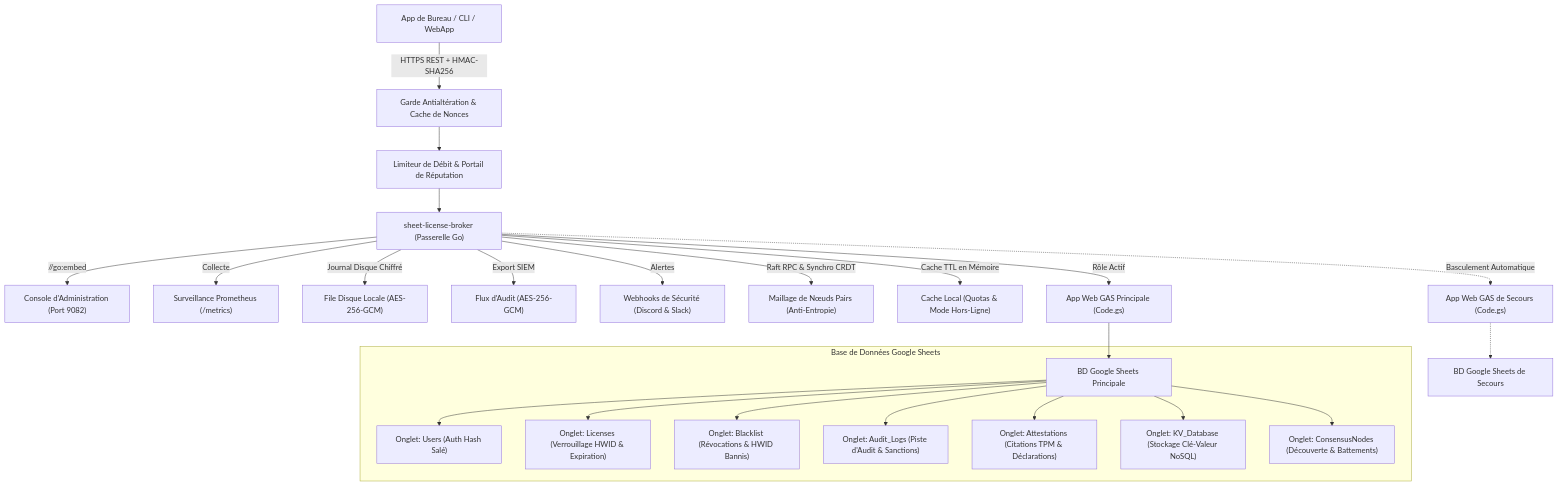
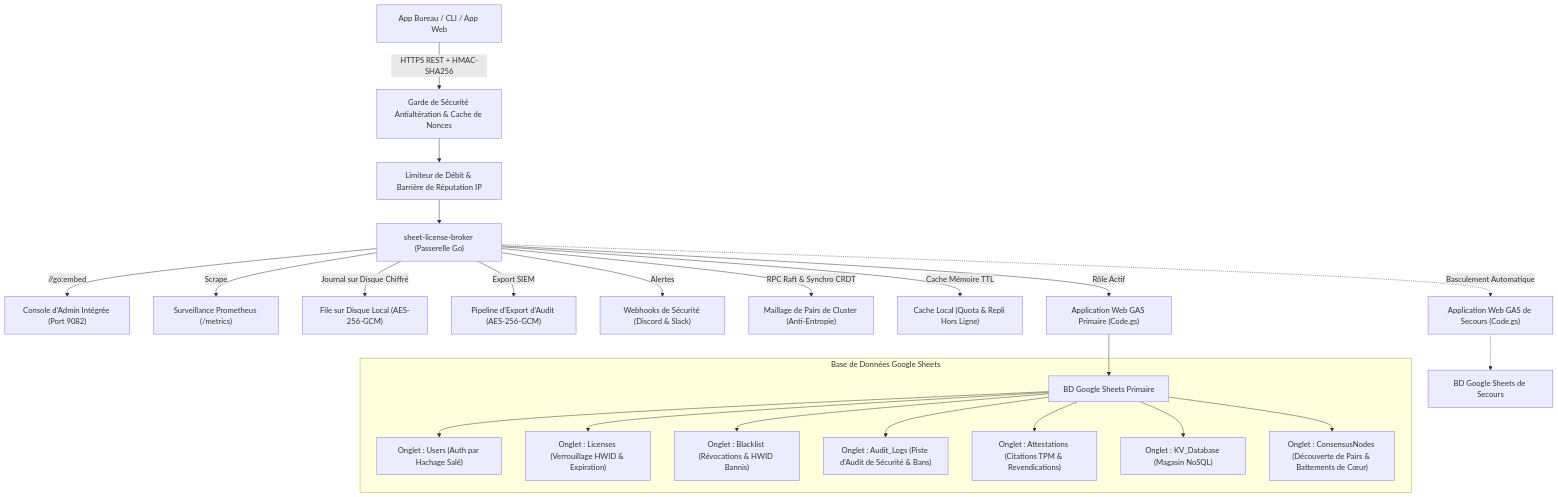
The diagram in docs/locales/fr.md (kLauncher1/sheet-license-broker), drawn with Mermaid before and after one commit. The commit also changed other lines of this file and 8 other files, not shown here.

````diff
--- a/docs/locales/fr.md
+++ b/docs/locales/fr.md
@@ -66,27 +80,27 @@
 ```mermaid
 flowchart TD
-    Client["App de Bureau / CLI / WebApp"] -->|HTTPS REST + HMAC-SHA256| Guard["Garde Antialtération & Cache de Nonces"]
-    Guard --> Limiter["Limiteur de Débit & Portail de Réputation"]
+    Client["App Bureau / CLI / App Web"] -->|HTTPS REST + HMAC-SHA256| Guard["Garde de Sécurité Antialtération & Cache de Nonces"]
+    Guard --> Limiter["Limiteur de Débit & Barrière de Réputation IP"]
     Limiter --> Broker["sheet-license-broker (Passerelle Go)"]
-    Broker -->|//go:embed| WebUI["Console d'Administration (Port 9082)"]
-    Broker -->|Collecte| Prom["Surveillance Prometheus (/metrics)"]
-    Broker -->|Journal Disque Chiffré| Spool["File Disque Locale (AES-256-GCM)"]
-    Broker -->|Export SIEM| SIEM["Flux d'Audit (AES-256-GCM)"]
+    Broker -->|//go:embed| WebUI["Console d'Admin Intégrée (Port 9082)"]
+    Broker -->|Scrape| Prom["Surveillance Prometheus (/metrics)"]
+    Broker -->|Journal sur Disque Chiffré| Spool["File sur Disque Local (AES-256-GCM)"]
+    Broker -->|Export SIEM| SIEM["Pipeline d'Export d'Audit (AES-256-GCM)"]
     Broker -->|Alertes| Alerts["Webhooks de Sécurité (Discord & Slack)"]
-    Broker -->|Raft RPC & Synchro CRDT| Peers["Maillage de Nœuds Pairs (Anti-Entropie)"]
-    Broker -->|Cache TTL en Mémoire| Cache["Cache Local (Quotas & Mode Hors-Ligne)"]
-    Broker -->|Rôle Actif| Primary["App Web GAS Principale (Code.gs)"]
-    Broker -.->|Basculement Automatique| Standby["App Web GAS de Secours (Code.gs)"]
-    Primary --> Sheets1["BD Google Sheets Principale"]
+    Broker -->|RPC Raft & Synchro CRDT| Peers["Maillage de Pairs de Cluster (Anti-Entropie)"]
+    Broker -->|Cache Mémoire TTL| Cache["Cache Local (Quota & Repli Hors Ligne)"]
+    Broker -->|Rôle Actif| Primary["Application Web GAS Primaire (Code.gs)"]
+    Broker -.->|Basculement Automatique| Standby["Application Web GAS de Secours (Code.gs)"]
+    Primary --> Sheets1["BD Google Sheets Primaire"]
     Standby -.-> Sheets2["BD Google Sheets de Secours"]
 
     subgraph Base de Données Google Sheets
-        Sheets1 --> Tab1["Onglet: Users (Auth Hash Salé)"]
-        Sheets1 --> Tab2["Onglet: Licenses (Verrouillage HWID & Expiration)"]
-        Sheets1 --> Tab3["Onglet: Blacklist (Révocations & HWID Bannis)"]
-        Sheets1 --> Tab4["Onglet: Audit_Logs (Piste d'Audit & Sanctions)"]
-        Sheets1 --> Tab5["Onglet: Attestations (Citations TPM & Déclarations)"]
-        Sheets1 --> Tab6["Onglet: KV_Database (Stockage Clé-Valeur NoSQL)"]
-        Sheets1 --> Tab7["Onglet: ConsensusNodes (Découverte & Battements)"]
+        Sheets1 --> Tab1["Onglet : Users (Auth par Hachage Salé)"]
+        Sheets1 --> Tab2["Onglet : Licenses (Verrouillage HWID & Expiration)"]
+        Sheets1 --> Tab3["Onglet : Blacklist (Révocations & HWID Bannis)"]
+        Sheets1 --> Tab4["Onglet : Audit_Logs (Piste d'Audit de Sécurité & Bans)"]
+        Sheets1 --> Tab5["Onglet : Attestations (Citations TPM & Revendications)"]
+        Sheets1 --> Tab6["Onglet : KV_Database (Magasin NoSQL)"]
+        Sheets1 --> Tab7["Onglet : ConsensusNodes (Découverte de Pairs & Battements de Cœur)"]
     end
 ```
````
